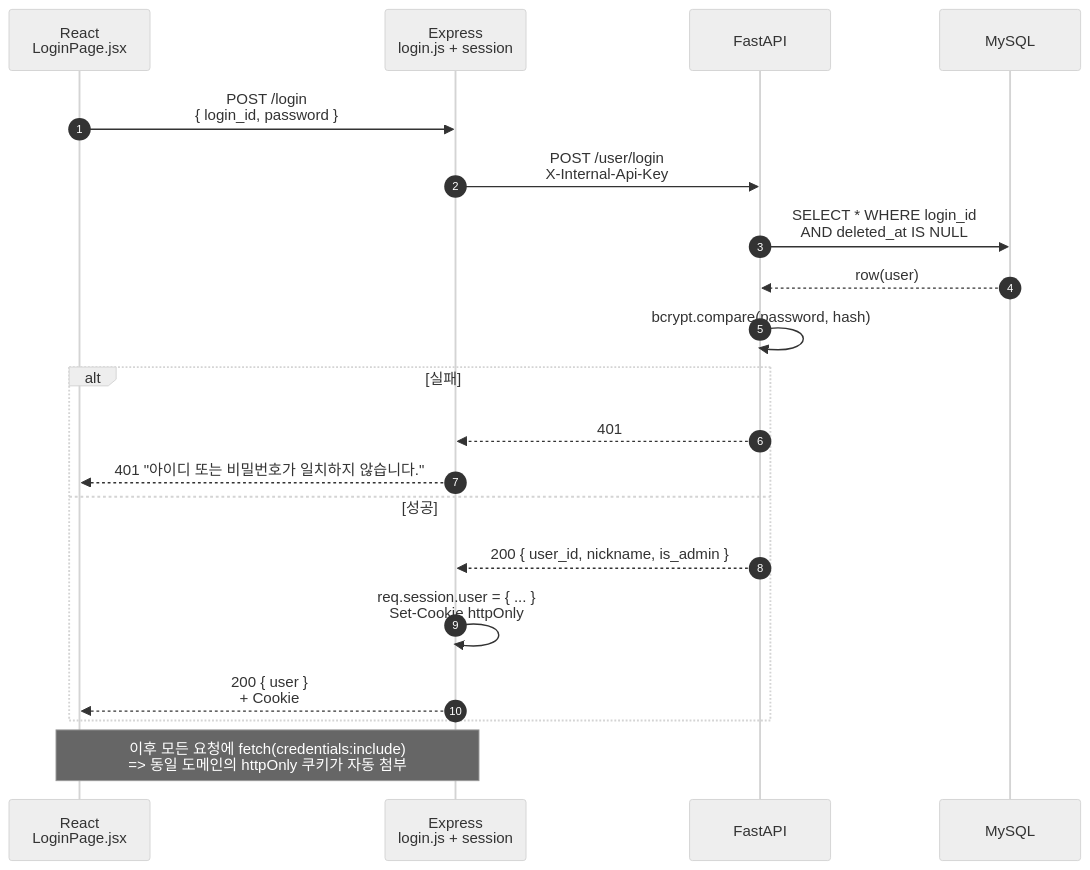
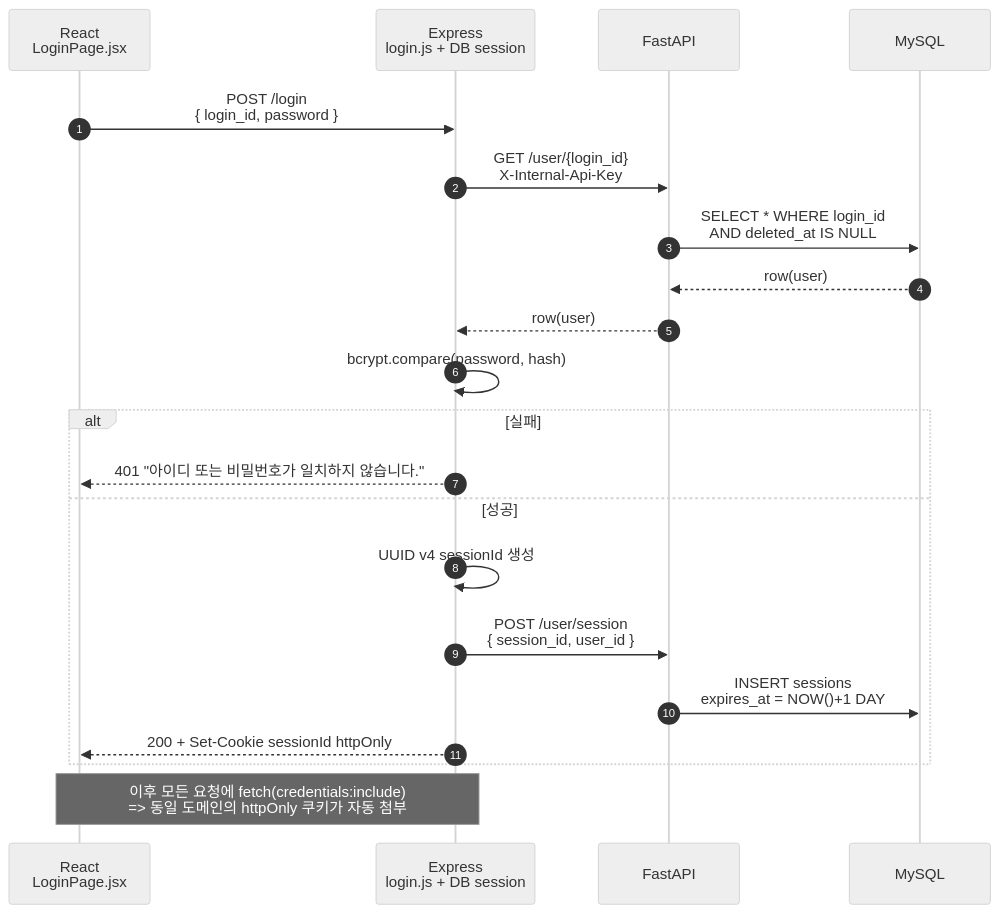
Before and after one commit to junseoja/capston: the second of 4 diagrams in docs/report/04-authentication.md, drawn with Mermaid (neutral theme). The commit also changed other lines of this file and 9 other files, not shown here.

````diff
--- a/docs/report/04-authentication.md
+++ b/docs/report/04-authentication.md
@@ -45,24 +46,25 @@
 ```mermaid
 sequenceDiagram
     autonumber
     participant FE as React<br/>LoginPage.jsx
-    participant BE as Express<br/>login.js + session
+    participant BE as Express<br/>login.js + DB session
     participant API as FastAPI
     participant DB as MySQL
 
     FE->>BE: POST /login<br/>{ login_id, password }
-    BE->>API: POST /user/login<br/>X-Internal-Api-Key
+    BE->>API: GET /user/{login_id}<br/>X-Internal-Api-Key
     API->>DB: SELECT * WHERE login_id<br/>AND deleted_at IS NULL
     DB-->>API: row(user)
-    API->>API: bcrypt.compare(password, hash)
+    API-->>BE: row(user)
+    BE->>BE: bcrypt.compare(password, hash)
     alt 실패
-        API-->>BE: 401
         BE-->>FE: 401 "아이디 또는 비밀번호가 일치하지 않습니다."
     else 성공
-        API-->>BE: 200 { user_id, nickname, is_admin }
-        BE->>BE: req.session.user = { ... }<br/>Set-Cookie httpOnly
-        BE-->>FE: 200 { user }<br/>+ Cookie
+        BE->>BE: UUID v4 sessionId 생성
+        BE->>API: POST /user/session<br/>{ session_id, user_id }
+        API->>DB: INSERT sessions<br/>expires_at = NOW()+1 DAY
+        BE-->>FE: 200 + Set-Cookie sessionId httpOnly
     end
 
     note over FE,BE: 이후 모든 요청에 fetch(credentials:include)<br/>=> 동일 도메인의 httpOnly 쿠키가 자동 첨부
 ```
````
